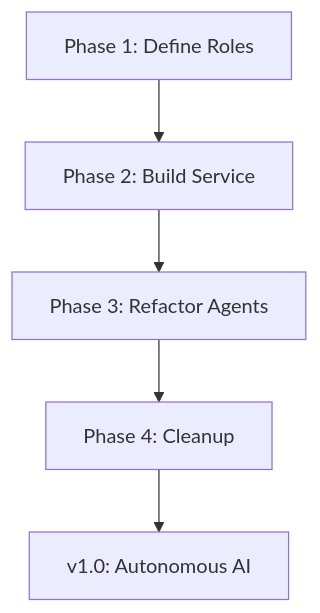
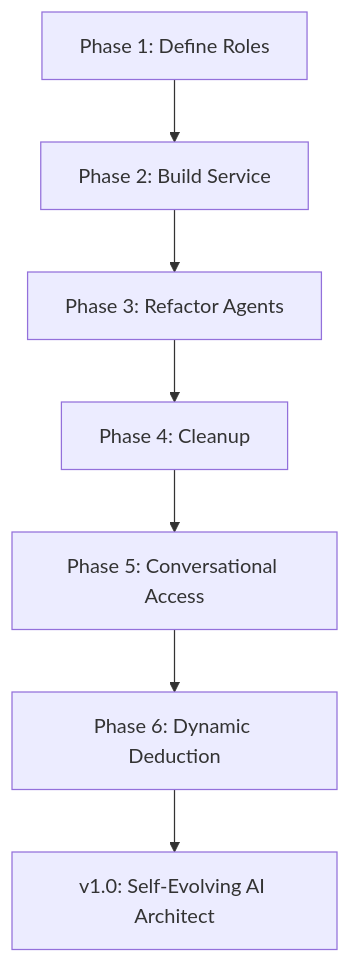
The diagram in docs/04_ROADMAP.md (DariuszNewecki/CORE), drawn with Mermaid before and after one commit. The commit also changed other lines of this file and 24 other files, not shown here.

````diff
--- a/docs/04_ROADMAP.md
+++ b/docs/04_ROADMAP.md
@@ -38,7 +45,9 @@
 ```mermaid
 graph TD
     A[Phase 1: Define Roles] --> B[Phase 2: Build Service]
     B --> C[Phase 3: Refactor Agents]
     C --> D[Phase 4: Cleanup]
-    D --> E[v1.0: Autonomous AI]
+    D --> E[Phase 5: Conversational Access]
+    E --> F[Phase 6: Dynamic Deduction]
+    F --> G[v1.0: Self-Evolving AI Architect]
 ```
````
